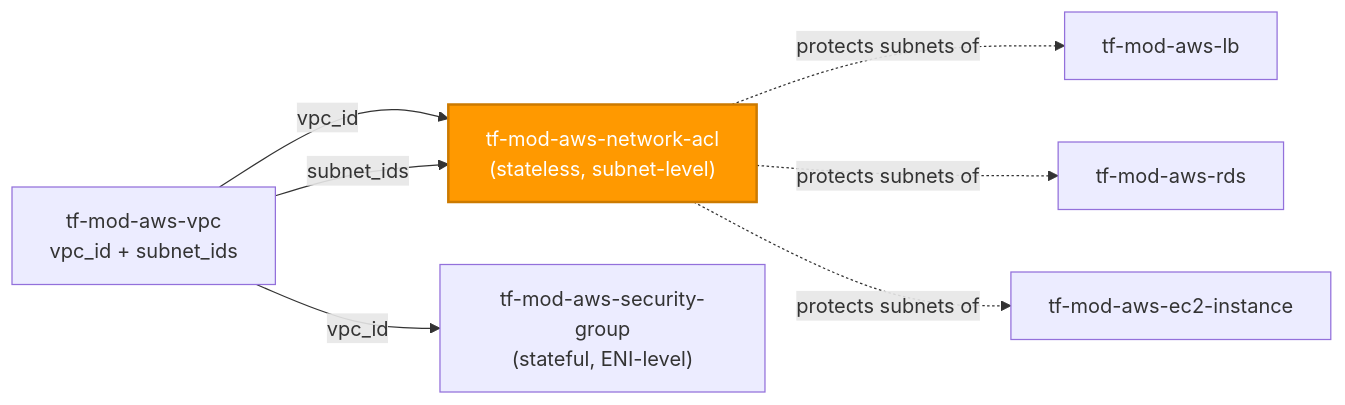
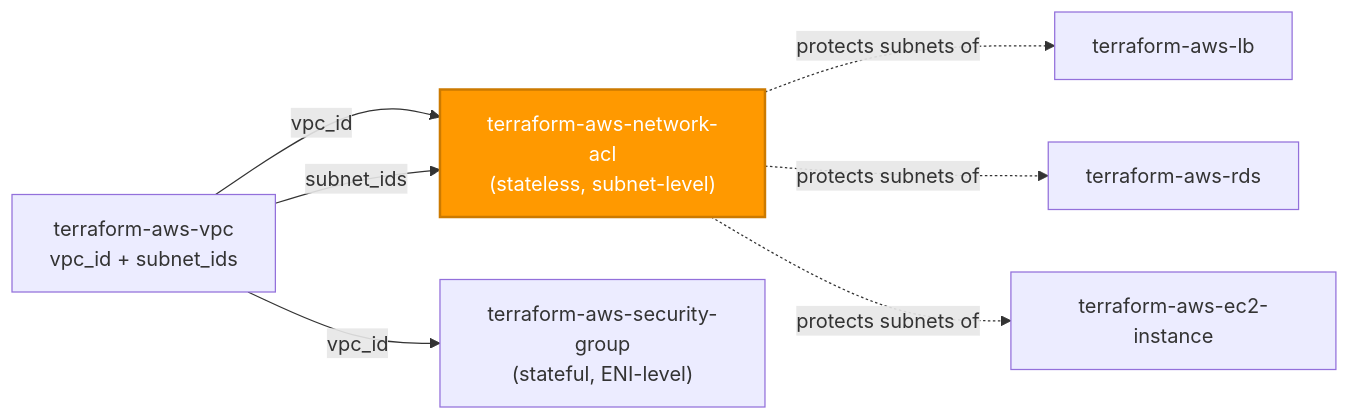
The first of 2 diagrams in README.md (microsoftexpert/terraform-aws-network-acl), drawn with Mermaid before and after one commit. The commit also changed other lines of this file and 2 other files, not shown here.

````diff
--- a/README.md
+++ b/README.md
@@ -42,18 +42,18 @@
 ```mermaid
 flowchart LR
- vpc["tf-mod-aws-vpc<br/>vpc_id + subnet_ids"]
- nacl["tf-mod-aws-network-acl<br/>(stateless, subnet-level)"]
- sg["tf-mod-aws-security-group<br/>(stateful, ENI-level)"]
- lb["tf-mod-aws-lb"]
- rds["tf-mod-aws-rds"]
- ec2["tf-mod-aws-ec2-instance"]
+ vpc["terraform-aws-vpc<br/>vpc_id + subnet_ids"]
+ nacl["terraform-aws-network-acl<br/>(stateless, subnet-level)"]
+ sg["terraform-aws-security-group<br/>(stateful, ENI-level)"]
+ lb["terraform-aws-lb"]
+ rds["terraform-aws-rds"]
+ ec2["terraform-aws-ec2-instance"]
 
  vpc -->|"vpc_id"| nacl
  vpc -->|"subnet_ids"| nacl
  vpc -->|"vpc_id"| sg
  nacl -.->|"protects subnets of"| lb
  nacl -.->|"protects subnets of"| rds
  nacl -.->|"protects subnets of"| ec2
 
  style nacl fill:#FF9900,color:#fff,stroke:#cc7a00,stroke-width:2px
 ```
````
